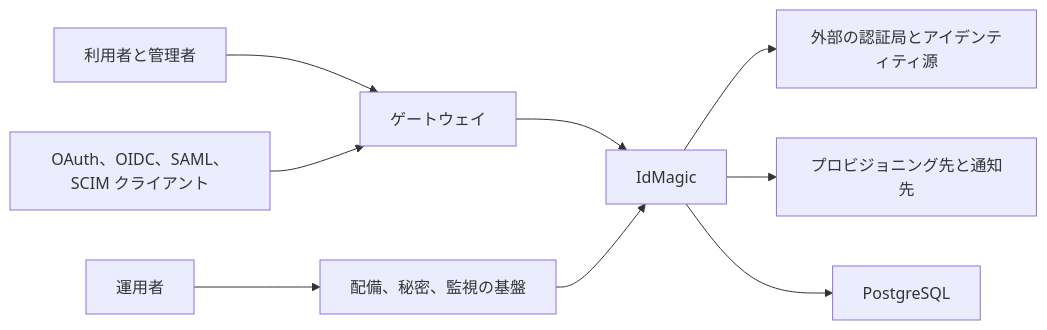
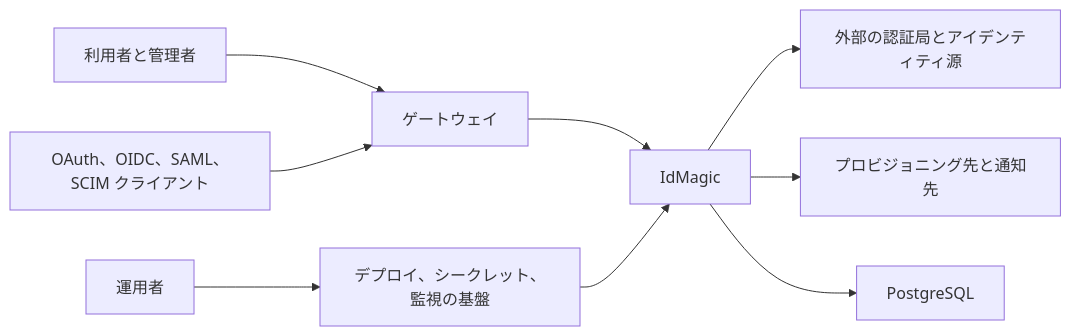
One commit to ambi/idmagic changed the diagram in docs/architecture/system-context.md. Above: the diagram before and after it, drawn with Mermaid. The commit also changed other lines of this file and 92 other files, not shown here.

````diff
--- a/docs/architecture/system-context.md
+++ b/docs/architecture/system-context.md
@@ -6,11 +6,11 @@
 ```mermaid
 flowchart LR
   Human[利用者と管理者] --> Gateway[ゲートウェイ]
   Client[OAuth、OIDC、SAML、SCIM クライアント] --> Gateway
   Gateway --> IdMagic[IdMagic]
   IdMagic --> Upstream[外部の認証局とアイデンティティ源]
   IdMagic --> Downstream[プロビジョニング先と通知先]
   IdMagic --> Postgres[PostgreSQL]
-  Operator[運用者] --> Platform[配備、秘密、監視の基盤]
+  Operator[運用者] --> Platform[デプロイ、シークレット、監視の基盤]
   Platform --> IdMagic
 ```
````
